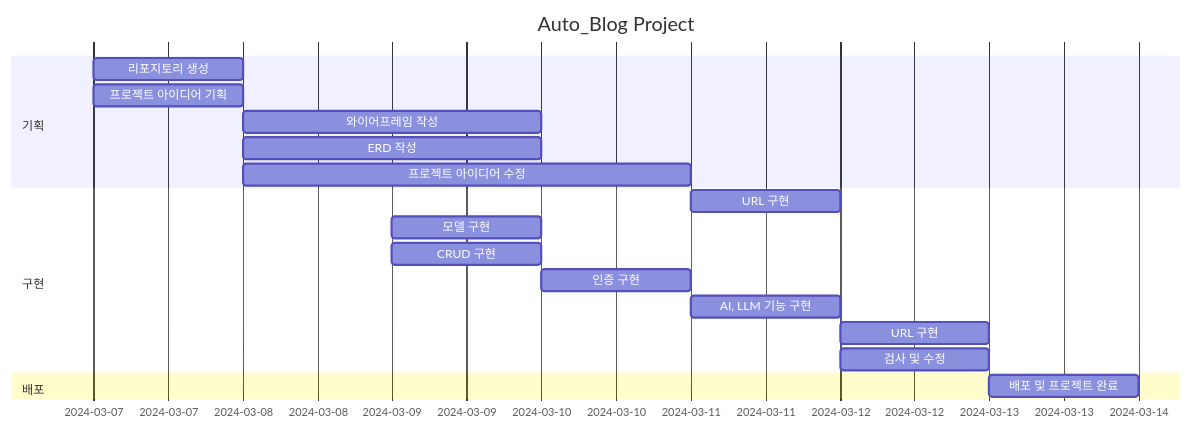
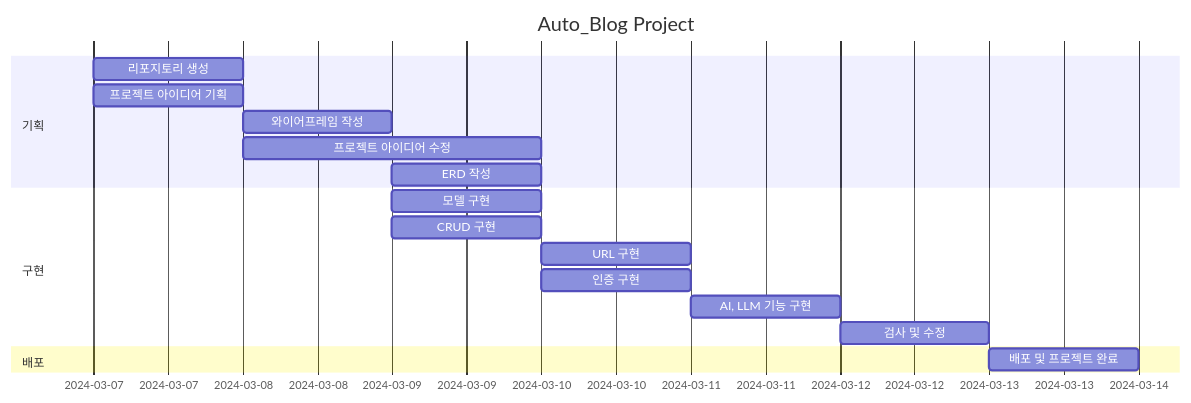
One commit to SungjaeS/SURI changed the second of 7 diagrams in readme.md. Above: the diagram before and after it, drawn with Mermaid. The commit also changed other lines of this file, not shown here.

````diff
--- a/readme.md
+++ b/readme.md
@@ -293,21 +272,20 @@
 ```mermaid
 gantt
     title Auto_Blog Project
     dateFormat YY-MM-DD
     section 기획
         리포지토리 생성 :2024-03-07, 1d
         프로젝트 아이디어 기획 :2024-03-07, 1d
-        와이어프레임 작성 :2024-03-08, 2d
-        ERD 작성 :2024-03-08, 2d
-        프로젝트 아이디어 수정 :2024-03-08, 3d
+        와이어프레임 작성 :2024-03-08, 1d
+        프로젝트 아이디어 수정 :2024-03-08, 2d
+        ERD 작성 :2024-03-09, 1d
     section 구현
-        URL 구현 :2024-03-11, 1d
         모델 구현 :2024-03-09, 1d
         CRUD 구현 :2024-03-09, 1d
+        URL 구현 :2024-03-10, 1d
         인증 구현 :2024-03-10, 1d
         AI, LLM 기능 구현 :2024-03-11, 1d
-        URL 구현 :2024-03-12, 1d
         검사 및 수정 :2024-03-12, 1d
     section 배포
         배포 및 프로젝트 완료 :2024-03-13, 1d
 ```
````
